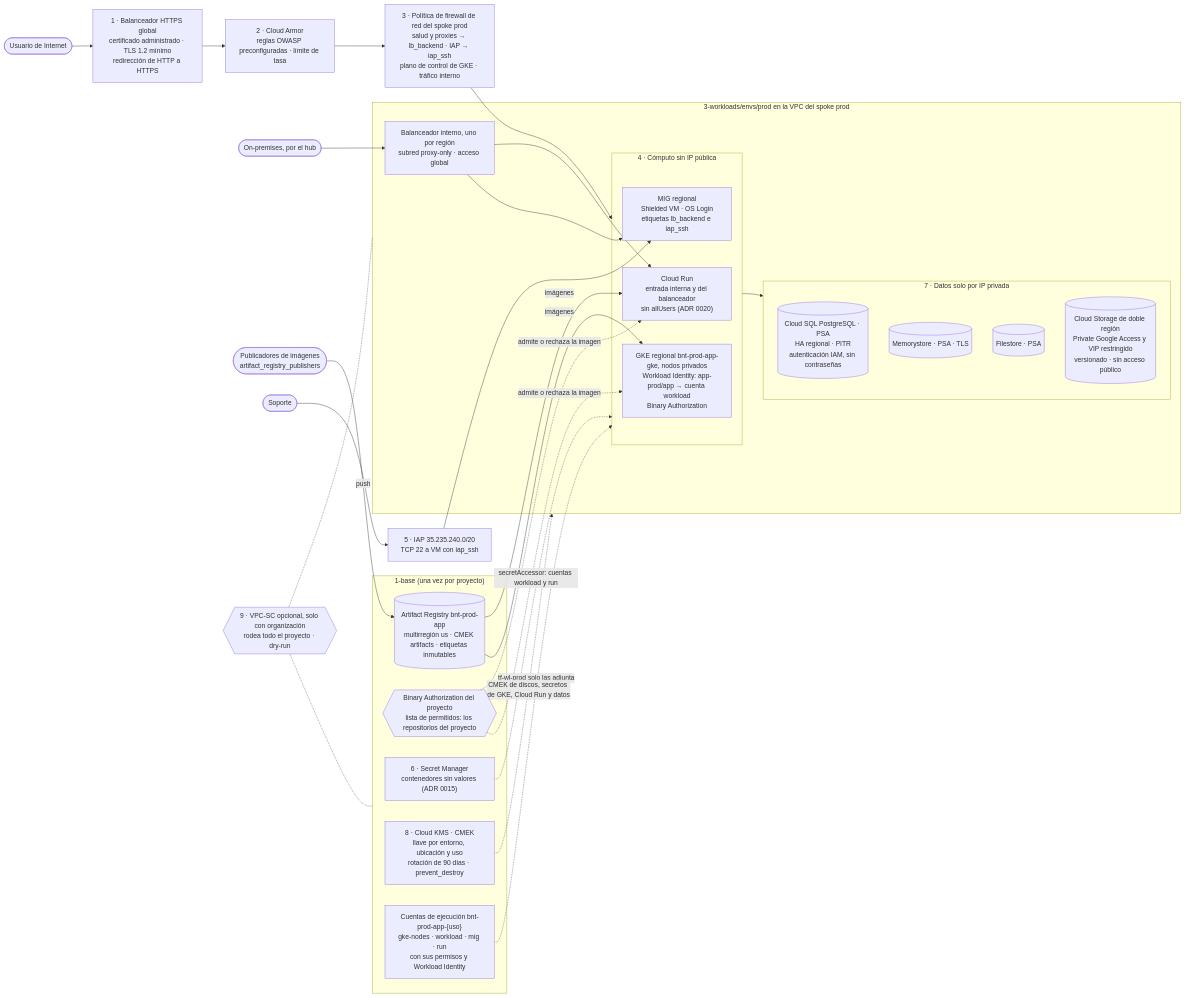
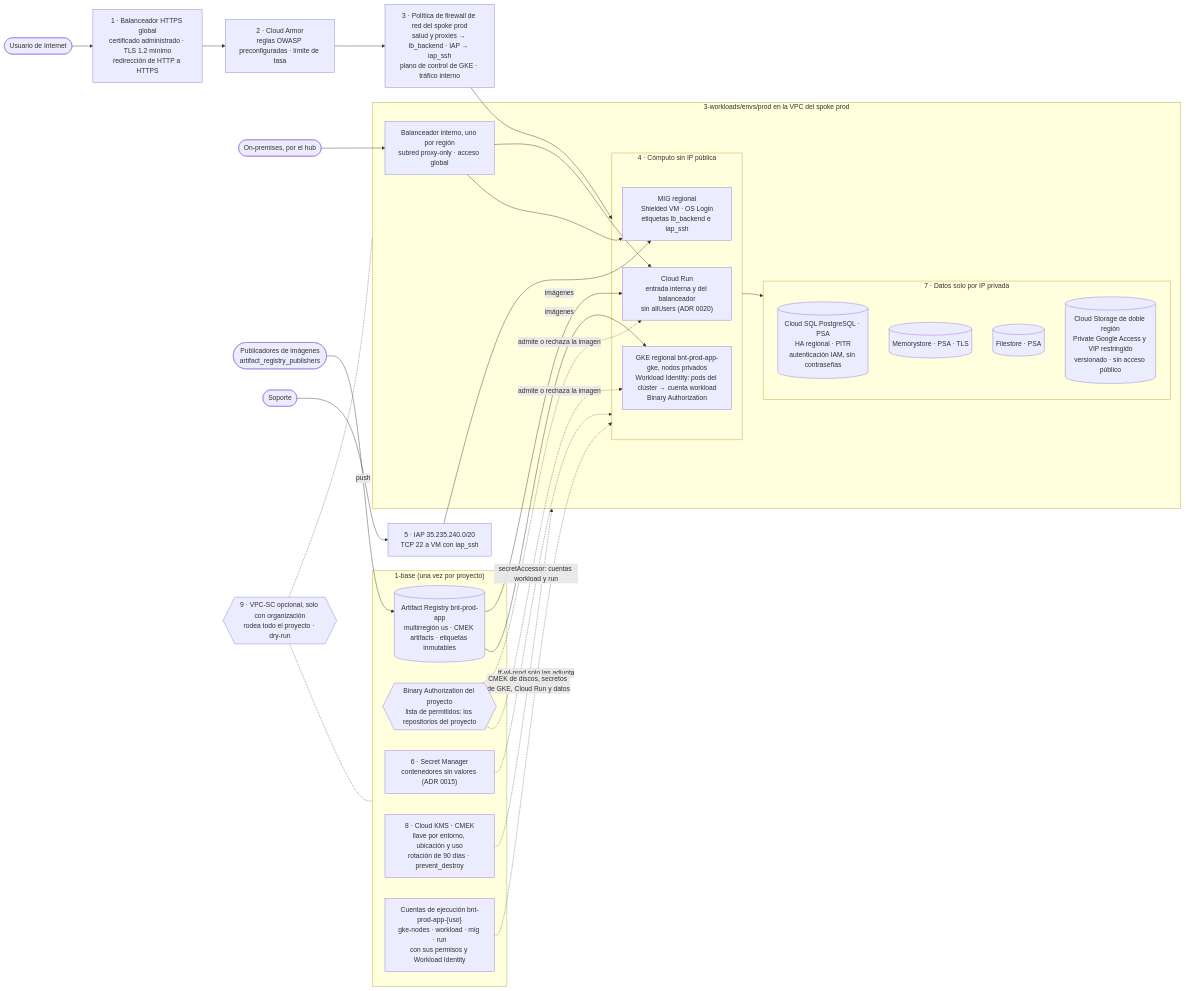
Before and after one commit to jadrianlg16/reto-banorte-gcp-terraform: the diagram in gcp-datacenter/docs/diagramas/03-aplicacion-y-proteccion-de-datos.md, drawn with Mermaid. The commit also changed other lines of this file and 21 other files, not shown here.

````diff
--- a/gcp-datacenter/docs/diagramas/03-aplicacion-y-proteccion-de-datos.md
+++ b/gcp-datacenter/docs/diagramas/03-aplicacion-y-proteccion-de-datos.md
@@ -12,51 +12,51 @@
 ```mermaid
 flowchart LR
   user(["Usuario de Internet"])
   xlb["1 · Balanceador HTTPS global<br/>certificado administrado · TLS 1.2 mínimo<br/>redirección de HTTP a HTTPS"]
   armor["2 · Cloud Armor<br/>reglas OWASP preconfiguradas · límite de tasa"]
   fw["3 · Política de firewall de red del spoke prod<br/>salud y proxies → lb_backend · IAP → iap_ssh<br/>plano de control de GKE · tráfico interno"]
   user --> xlb --> armor --> fw
 
   subgraph APP["3-workloads/envs/prod en la VPC del spoke prod"]
     subgraph COMP["4 · Cómputo sin IP pública"]
       run["Cloud Run<br/>entrada interna y del balanceador<br/>sin allUsers (ADR 0020)"]
       mig["MIG regional<br/>Shielded VM · OS Login<br/>etiquetas lb_backend e iap_ssh"]
-      gke["GKE regional bnt-prod-app-gke, nodos privados<br/>Workload Identity: app-prod/app → cuenta workload<br/>Binary Authorization"]
+      gke["GKE regional bnt-prod-app-gke, nodos privados<br/>Workload Identity: pods del clúster → cuenta workload<br/>Binary Authorization"]
     end
     ilb["Balanceador interno, uno por región<br/>subred proxy-only · acceso global"]
     subgraph DATA["7 · Datos solo por IP privada"]
       sql[("Cloud SQL PostgreSQL · PSA<br/>HA regional · PITR<br/>autenticación IAM, sin contraseñas")]
       redis[("Memorystore · PSA · TLS")]
       nfs[("Filestore · PSA")]
       gcs[("Cloud Storage de doble región<br/>Private Google Access y VIP restringido<br/>versionado · sin acceso público")]
     end
   end
 
   fw --> COMP
   COMP --> DATA
   onprem(["On-premises, por el hub"]) --> ilb
   ilb --> run
   ilb --> mig
 
   subgraph BASE["1-base (una vez por proyecto)"]
     ar[("Artifact Registry bnt-prod-app<br/>multirregión us · CMEK artifacts · etiquetas inmutables")]
     binauthz{{"Binary Authorization del proyecto<br/>lista de permitidos: los repositorios del proyecto"}}
     sm["6 · Secret Manager<br/>contenedores sin valores (ADR 0015)"]
     kms["8 · Cloud KMS · CMEK<br/>llave por entorno, ubicación y uso<br/>rotación de 90 días · prevent_destroy"]
     rsa["Cuentas de ejecución bnt-prod-app-{uso}<br/>gke-nodes · workload · mig · run<br/>con sus permisos y Workload Identity"]
   end
   rsa -. "tf-wl-prod solo las adjunta" .-> COMP
 
   pub(["Publicadores de imágenes<br/>artifact_registry_publishers"]) -- "push" --> ar
   ar -- "imágenes" --> run
   ar -- "imágenes" --> gke
   binauthz -. "admite o rechaza la imagen" .-> run
   binauthz -. "admite o rechaza la imagen" .-> gke
   support(["Soporte"]) --> iap["5 · IAP 35.235.240.0/20<br/>TCP 22 a VM con iap_ssh"] --> mig
   sm -. "secretAccessor: cuentas workload y run" .-> COMP
   kms -. "CMEK de discos, secretos de GKE, Cloud Run y datos" .-> APP
 
   perim{{"9 · VPC-SC opcional, solo con organización<br/>rodea todo el proyecto · dry-run"}}
   perim -.- APP
   perim -.- BASE
 ```
````
